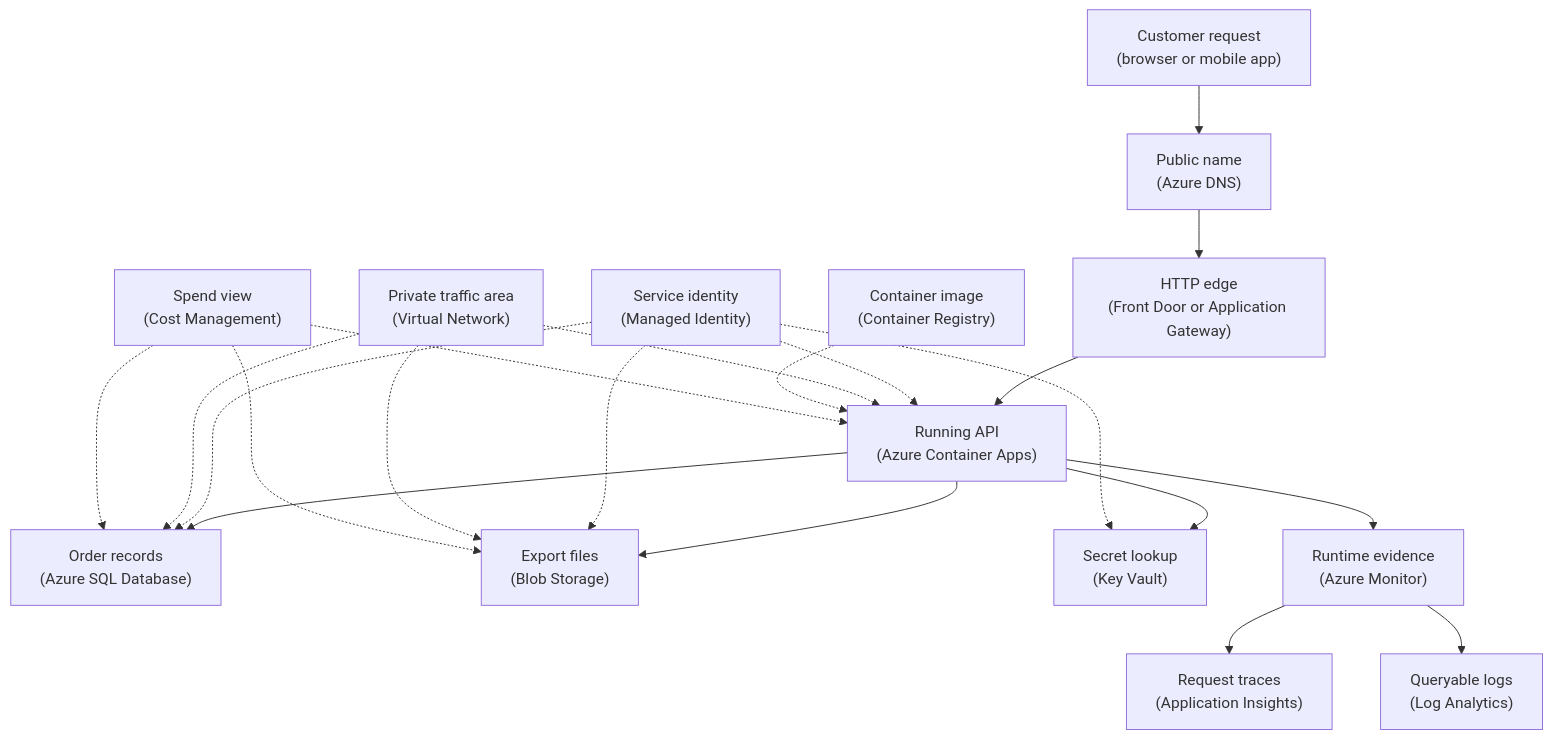
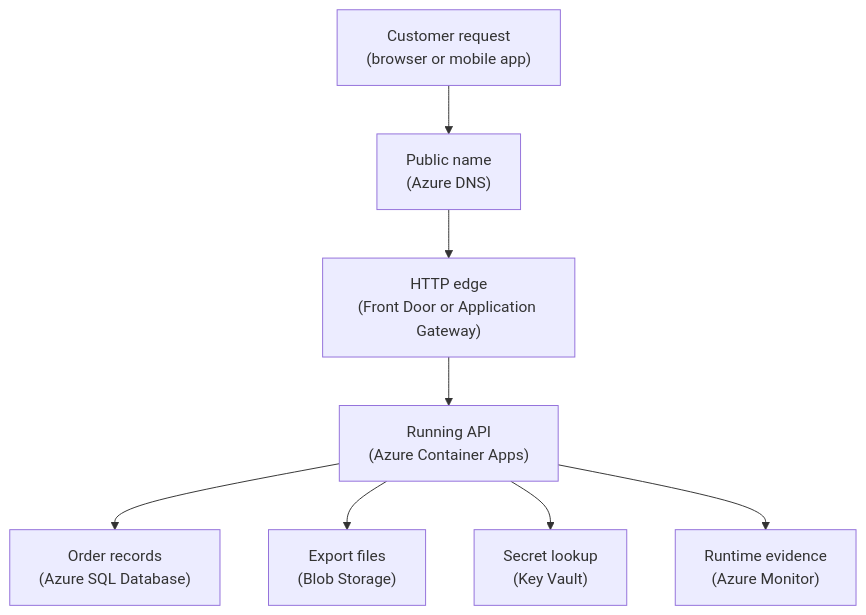
One commit to senlinyy/dev-roadmaps changed the diagram in cloud-providers/azure/foundations/azure-core-services-map.md. Above: the diagram before and after it, drawn with Mermaid. The commit also changed other lines of this file and 89 other files, not shown here.

````diff
--- a/cloud-providers/azure/foundations/azure-core-services-map.md
+++ b/cloud-providers/azure/foundations/azure-core-services-map.md
@@ -155,23 +155,19 @@
 ```mermaid
 graph TD
-    USER["Customer request<br/>(browser or mobile app)"] --> DNS["Public name<br/>(Azure DNS)"]
-    DNS --> EDGE["HTTP edge<br/>(Front Door or Application Gateway)"]
-    EDGE --> APP["Running API<br/>(Azure Container Apps)"]
-    APP --> DB["Order records<br/>(Azure SQL Database)"]
-    APP --> FILES["Export files<br/>(Blob Storage)"]
-    APP --> SECRETS["Secret lookup<br/>(Key Vault)"]
-    APP --> SIGNALS["Runtime evidence<br/>(Azure Monitor)"]
-    SIGNALS --> TRACES["Request traces<br/>(Application Insights)"]
-    SIGNALS --> LOGS["Queryable logs<br/>(Log Analytics)"]
-    ID["Service identity<br/>(Managed Identity)"] -.-> APP
-    ID -.-> DB
-    ID -.-> FILES
-    ID -.-> SECRETS
-    NET["Private traffic area<br/>(Virtual Network)"] -.-> APP
-    NET -.-> DB
-    NET -.-> FILES
-    IMAGE["Container image<br/>(Container Registry)"] -.-> APP
-    COST["Spend view<br/>(Cost Management)"] -.-> APP
-    COST -.-> DB
-    COST -.-> FILES
+    USER["Customer request<br/>(browser or mobile app)"]
+    DNS["Public name<br/>(Azure DNS)"]
+    EDGE["HTTP edge<br/>(Front Door or Application Gateway)"]
+    APP["Running API<br/>(Azure Container Apps)"]
+    DB["Order records<br/>(Azure SQL Database)"]
+    FILES["Export files<br/>(Blob Storage)"]
+    SECRETS["Secret lookup<br/>(Key Vault)"]
+    SIGNALS["Runtime evidence<br/>(Azure Monitor)"]
+
+    USER --> DNS
+    DNS --> EDGE
+    EDGE --> APP
+    APP --> DB
+    APP --> FILES
+    APP --> SECRETS
+    APP --> SIGNALS
 ```
````
